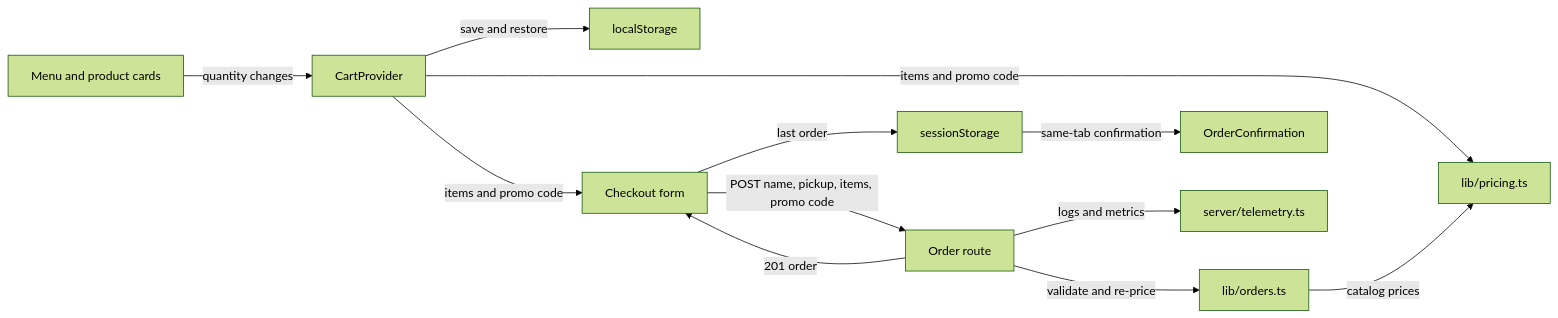
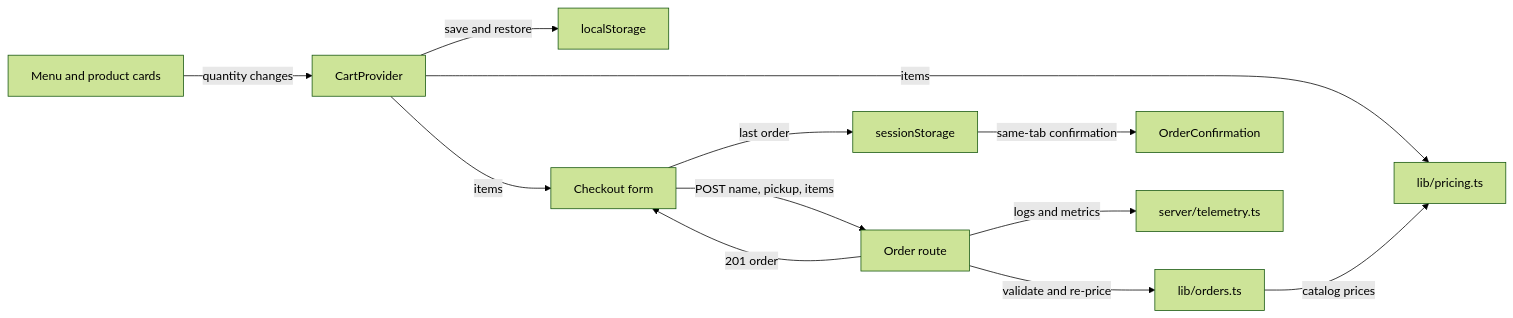
The first of 2 diagrams in droid-wiki/overview/architecture.md (FactoryDemo/demo-storefront-practice), drawn with Mermaid (forest theme) before and after one commit. The commit also changed other lines of this file and 15 other files, not shown here.

````diff
--- a/droid-wiki/overview/architecture.md
+++ b/droid-wiki/overview/architecture.md
@@ -9,14 +9,14 @@
 ```mermaid
 graph LR
   Menu["Menu and product cards"] -->|quantity changes| Cart["CartProvider"]
   Cart -->|save and restore| Local["localStorage"]
-  Cart -->|items and promo code| Pricing["lib/pricing.ts"]
-  Cart -->|items and promo code| Checkout["Checkout form"]
-  Checkout -->|POST name, pickup, items, promo code| API["Order route"]
+  Cart -->|items| Pricing["lib/pricing.ts"]
+  Cart -->|items| Checkout["Checkout form"]
+  Checkout -->|POST name, pickup, items| API["Order route"]
   API -->|validate and re-price| Orders["lib/orders.ts"]
   Orders -->|catalog prices| Pricing
   API -->|201 order| Checkout
   Checkout -->|last order| Session["sessionStorage"]
   Session -->|same-tab confirmation| Confirmation["OrderConfirmation"]
   API -->|logs and metrics| Telemetry["server/telemetry.ts"]
 ```
````
